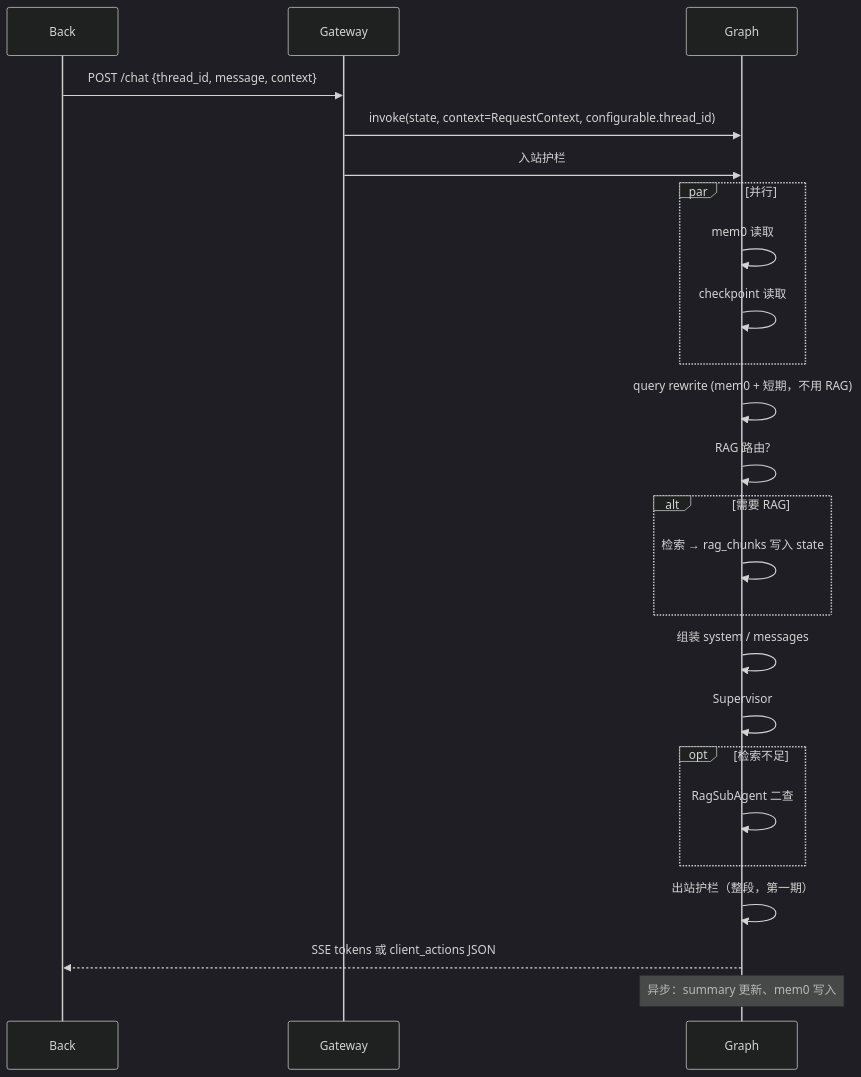
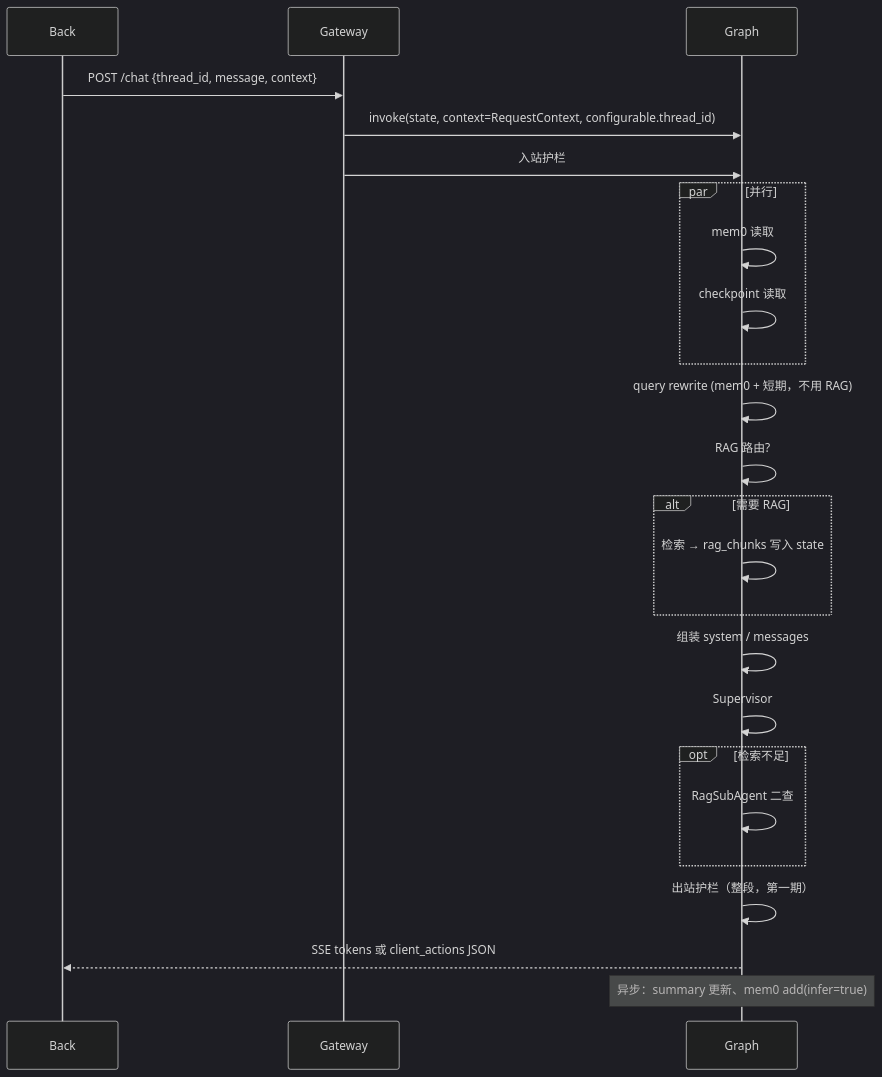
Before and after one commit to lrxCn/commonAgent: the second of 2 diagrams in docs/architecture.md, drawn with Mermaid (dark theme). The commit also changed other lines of this file and 4 other files, not shown here.

````diff
--- a/docs/architecture.md
+++ b/docs/architecture.md
@@ -114,27 +121,27 @@
 ```mermaid
 sequenceDiagram
   participant Back
   participant GW as Gateway
   participant G as Graph
 
   Back->>GW: POST /chat {thread_id, message, context}
   GW->>G: invoke(state, context=RequestContext, configurable.thread_id)
   GW->>G: 入站护栏
   par 并行
     G->>G: mem0 读取
     G->>G: checkpoint 读取
   end
   G->>G: query rewrite (mem0 + 短期，不用 RAG)
   G->>G: RAG 路由?
   alt 需要 RAG
     G->>G: 检索 → rag_chunks 写入 state
   end
   G->>G: 组装 system / messages
   G->>G: Supervisor
   opt 检索不足
     G->>G: RagSubAgent 二查
   end
   G->>G: 出站护栏（整段，第一期）
   G-->>Back: SSE tokens 或 client_actions JSON
-  Note over G: 异步：summary 更新、mem0 写入
+  Note over G: 异步：summary 更新、mem0 add(infer=true)
 ```
````
